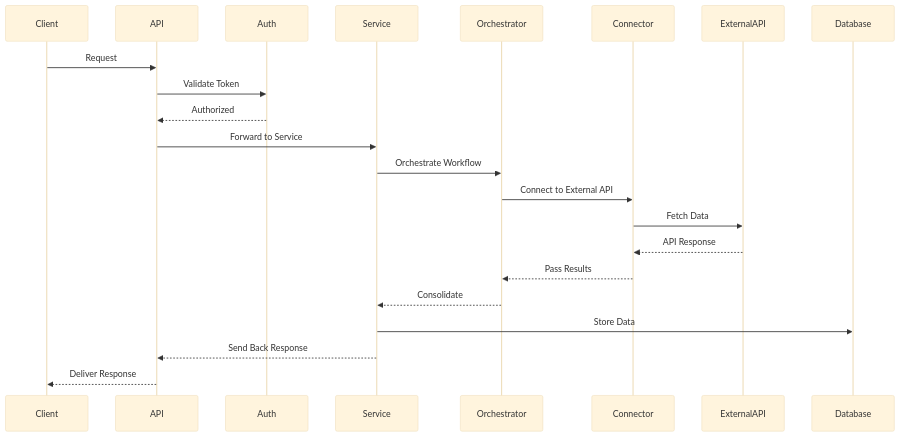
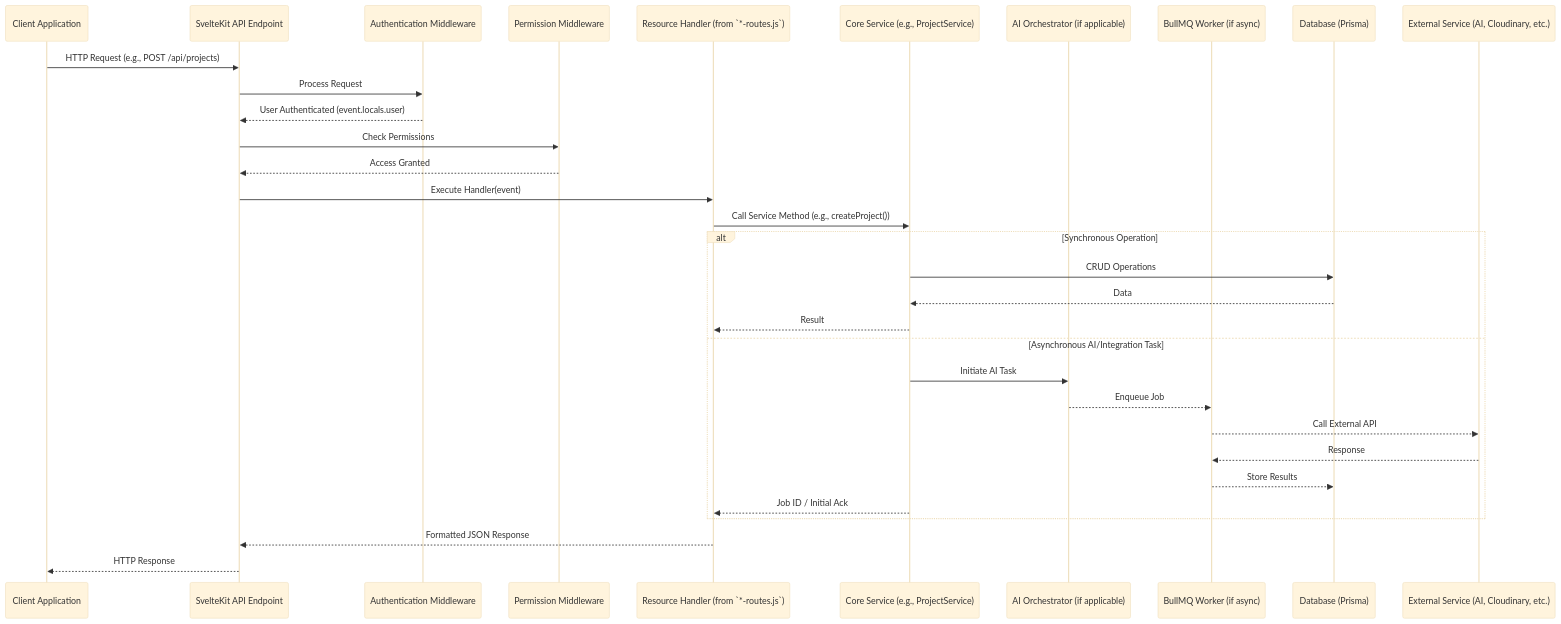
The sixth of 7 diagrams in README.md (lowkey-dev21/Idea_lens-BE), drawn with Mermaid (base theme) before and after one commit. The commit also changed other lines of this file and 154 other files, not shown here.

First line of the commit message:
feat: add initial AI orchestration and service structure

````diff
--- a/README.md
+++ b/README.md
@@ -160,25 +302,35 @@
 ```mermaid
 sequenceDiagram
-    participant Client
-    participant API
-    participant Auth
-    participant Service
-    participant Orchestrator
-    participant Connector
-    participant ExternalAPI
-    participant Database
+    participant ClientApp as Client Application
+    participant SvelteKitAPI as SvelteKit API Endpoint
+    participant AuthMiddleware as Authentication Middleware
+    participant PermissionMiddleware as Permission Middleware
+    participant HandlerFunction as Resource Handler (from `*-routes.js`)
+    participant CoreService as Core Service (e.g., ProjectService)
+    participant AIOrchestrator as AI Orchestrator (if applicable)
+    participant BullMQWorker as BullMQ Worker (if async)
+    participant Database_Prisma as Database (Prisma)
+    participant ExternalService as External Service (AI, Cloudinary, etc.)
 
-    Client->>API: Request
-    API->>Auth: Validate Token
-    Auth-->>API: Authorized
-    API->>Service: Forward to Service
-    Service->>Orchestrator: Orchestrate Workflow
-    Orchestrator->>Connector: Connect to External API
-    Connector->>ExternalAPI: Fetch Data
-    ExternalAPI-->>Connector: API Response
-    Connector-->>Orchestrator: Pass Results
-    Orchestrator-->>Service: Consolidate
-    Service->>Database: Store Data
-    Service-->>API: Send Back Response
-    API-->>Client: Deliver Response
+    ClientApp->>SvelteKitAPI: HTTP Request (e.g., POST /api/projects)
+    SvelteKitAPI->>AuthMiddleware: Process Request
+    AuthMiddleware-->>SvelteKitAPI: User Authenticated (event.locals.user)
+    SvelteKitAPI->>PermissionMiddleware: Check Permissions
+    PermissionMiddleware-->>SvelteKitAPI: Access Granted
+    SvelteKitAPI->>HandlerFunction: Execute Handler(event)
+    HandlerFunction->>CoreService: Call Service Method (e.g., createProject())
+    alt Synchronous Operation
+        CoreService->>Database_Prisma: CRUD Operations
+        Database_Prisma-->>CoreService: Data
+        CoreService-->>HandlerFunction: Result
+    else Asynchronous AI/Integration Task
+        CoreService->>AIOrchestrator: Initiate AI Task
+        AIOrchestrator-->>BullMQWorker: Enqueue Job
+        BullMQWorker-->>ExternalService: Call External API
+        ExternalService-->>BullMQWorker: Response
+        BullMQWorker-->>Database_Prisma: Store Results
+        CoreService-->>HandlerFunction: Job ID / Initial Ack
+    end
+    HandlerFunction-->>SvelteKitAPI: Formatted JSON Response
+    SvelteKitAPI-->>ClientApp: HTTP Response
 ```
````
